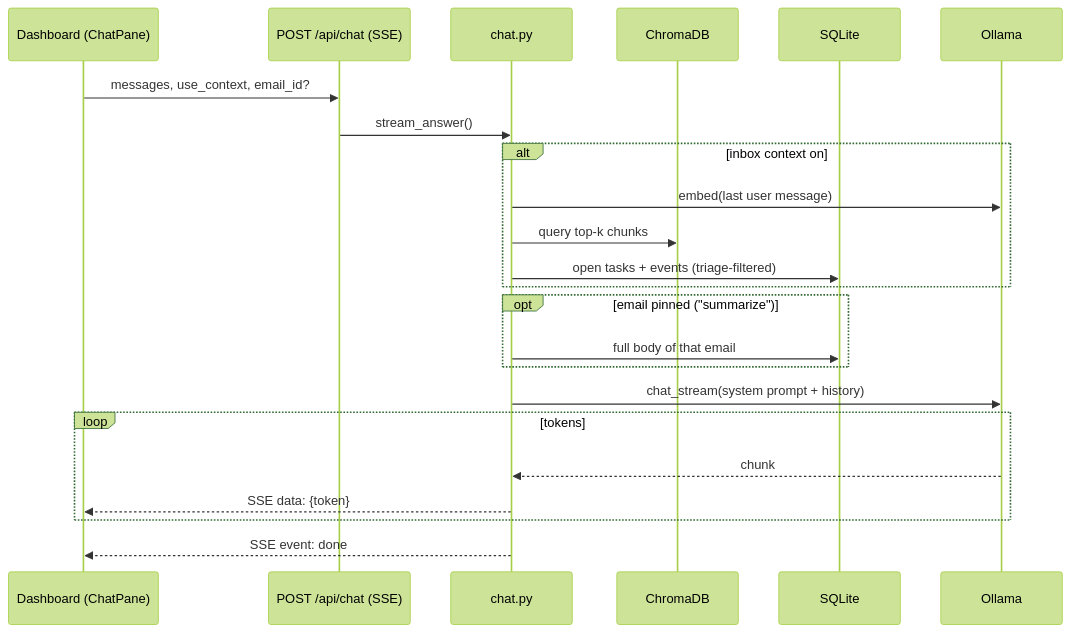
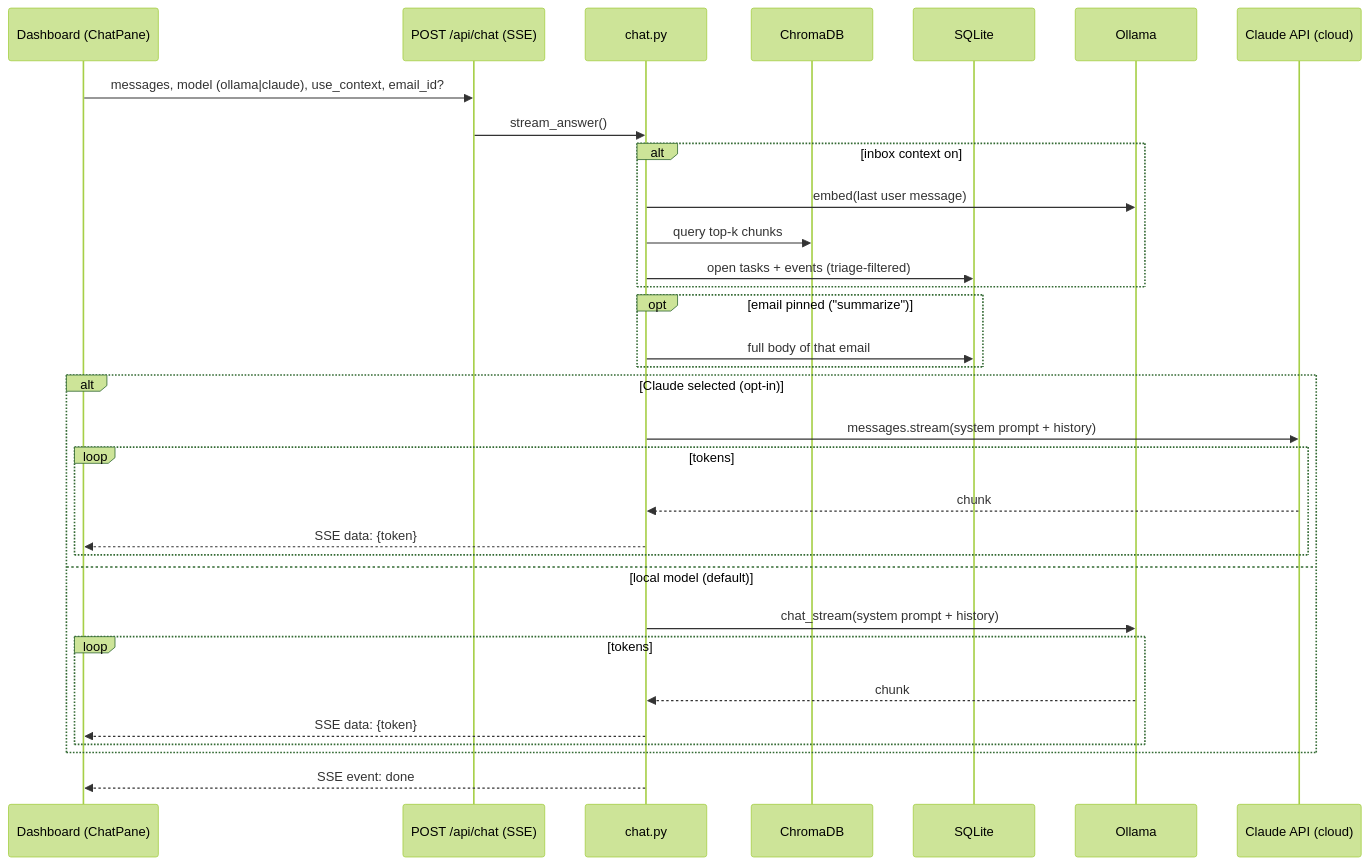
One commit to elthommy/local-inbox-assistant changed the third of 3 diagrams in docs/ARCHITECTURE.md. Above: the diagram before and after it, drawn with Mermaid (forest theme). The commit also changed other lines of this file and 16 other files, not shown here.

First line of the commit message:
Add opt-in Claude cloud chat and document the maildir-only limitation

````diff
--- a/docs/ARCHITECTURE.md
+++ b/docs/ARCHITECTURE.md
@@ -116,26 +125,35 @@
 ```mermaid
 sequenceDiagram
     participant UI as Dashboard (ChatPane)
     participant API as POST /api/chat (SSE)
     participant Chat as chat.py
     participant Chroma as ChromaDB
     participant DB as SQLite
     participant Ollama
+    participant Claude as Claude API (cloud)
 
-    UI->>API: messages, use_context, email_id?
+    UI->>API: messages, model (ollama|claude), use_context, email_id?
     API->>Chat: stream_answer()
     alt inbox context on
         Chat->>Ollama: embed(last user message)
         Chat->>Chroma: query top-k chunks
         Chat->>DB: open tasks + events (triage-filtered)
     end
     opt email pinned ("summarize")
         Chat->>DB: full body of that email
     end
-    Chat->>Ollama: chat_stream(system prompt + history)
-    loop tokens
-        Ollama-->>Chat: chunk
-        Chat-->>UI: SSE data: {token}
+    alt Claude selected (opt-in)
+        Chat->>Claude: messages.stream(system prompt + history)
+        loop tokens
+            Claude-->>Chat: chunk
+            Chat-->>UI: SSE data: {token}
+        end
+    else local model (default)
+        Chat->>Ollama: chat_stream(system prompt + history)
+        loop tokens
+            Ollama-->>Chat: chunk
+            Chat-->>UI: SSE data: {token}
+        end
     end
     Chat-->>UI: SSE event: done
 ```
````
